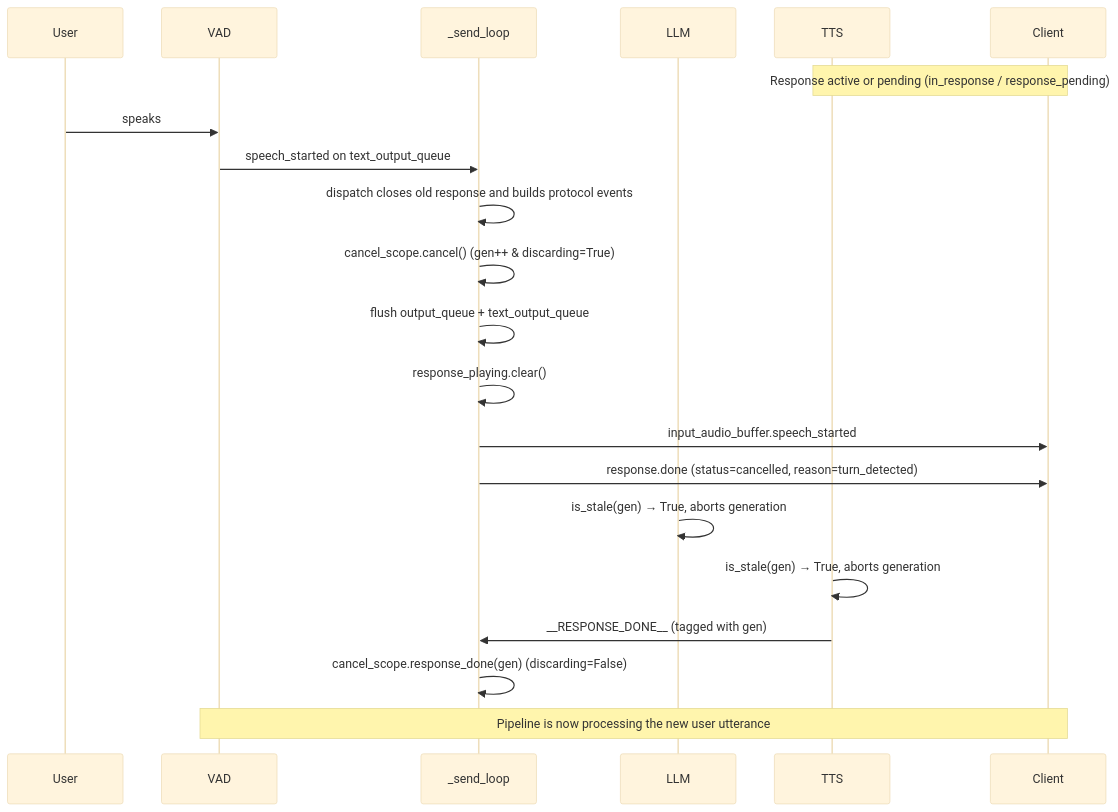
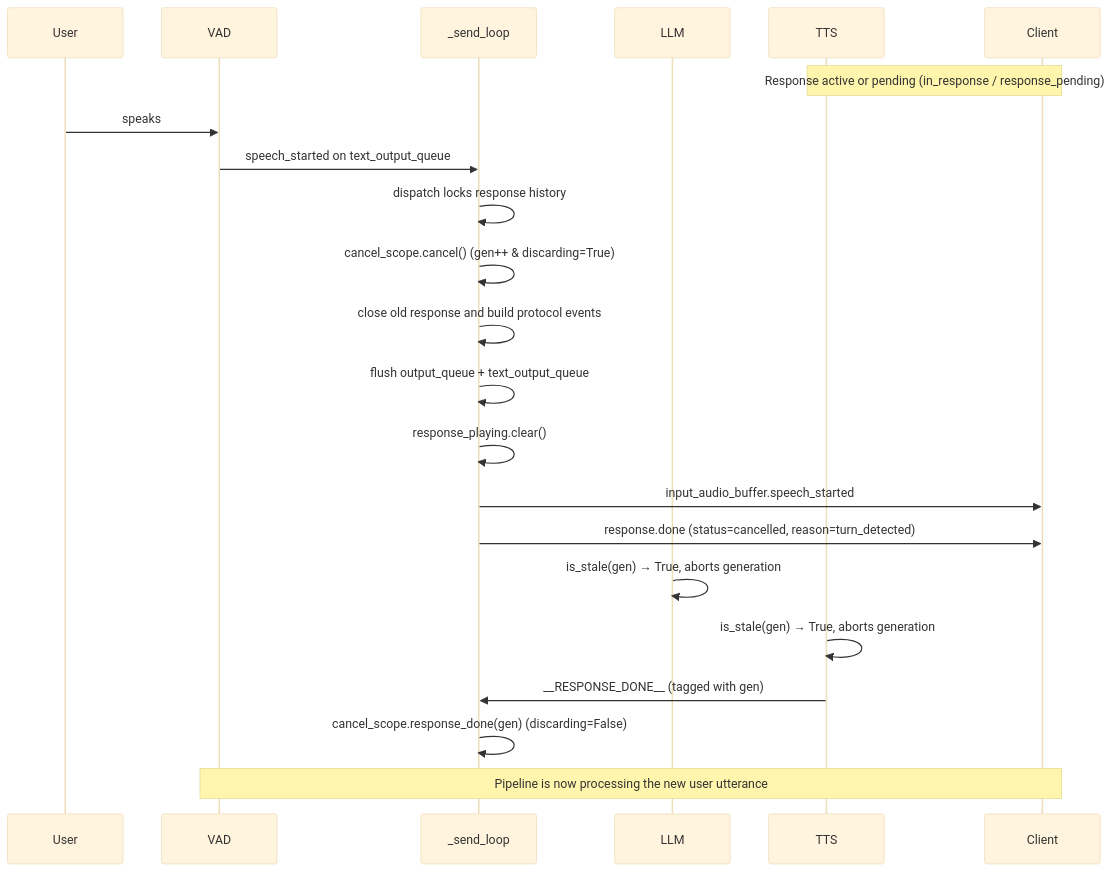
The second of 2 diagrams in src/speech_to_speech/api/openai_realtime/README.md (not-skynet-i-promise/speech-to-speech), drawn with Mermaid (base theme) before and after one commit. The commit also changed other lines of this file and 3 other files, not shown here.

````diff
--- a/src/speech_to_speech/api/openai_realtime/README.md
+++ b/src/speech_to_speech/api/openai_realtime/README.md
@@ -306,24 +306,25 @@
 ```mermaid
 sequenceDiagram
     participant User
     participant VAD
     participant SendLoop as _send_loop
     participant LLM
     participant TTS
     participant Client
 
     Note over TTS,Client: Response active or pending (in_response / response_pending)
     User->>VAD: speaks
     VAD->>SendLoop: speech_started on text_output_queue
-    SendLoop->>SendLoop: dispatch closes old response and builds protocol events
+    SendLoop->>SendLoop: dispatch locks response history
     SendLoop->>SendLoop: cancel_scope.cancel() (gen++ & discarding=True)
+    SendLoop->>SendLoop: close old response and build protocol events
     SendLoop->>SendLoop: flush output_queue + text_output_queue
     SendLoop->>SendLoop: response_playing.clear()
     SendLoop->>Client: input_audio_buffer.speech_started
     SendLoop->>Client: response.done (status=cancelled, reason=turn_detected)
     LLM->>LLM: is_stale(gen) → True, aborts generation
     TTS->>TTS: is_stale(gen) → True, aborts generation
     TTS->>SendLoop: __RESPONSE_DONE__ (tagged with gen)
     SendLoop->>SendLoop: cancel_scope.response_done(gen) (discarding=False)
     Note over VAD,Client: Pipeline is now processing the new user utterance
 ```
````
